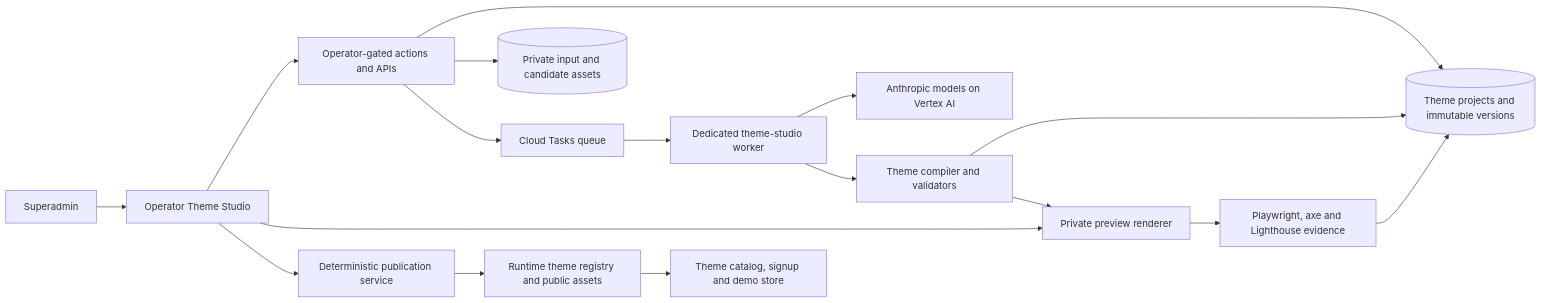
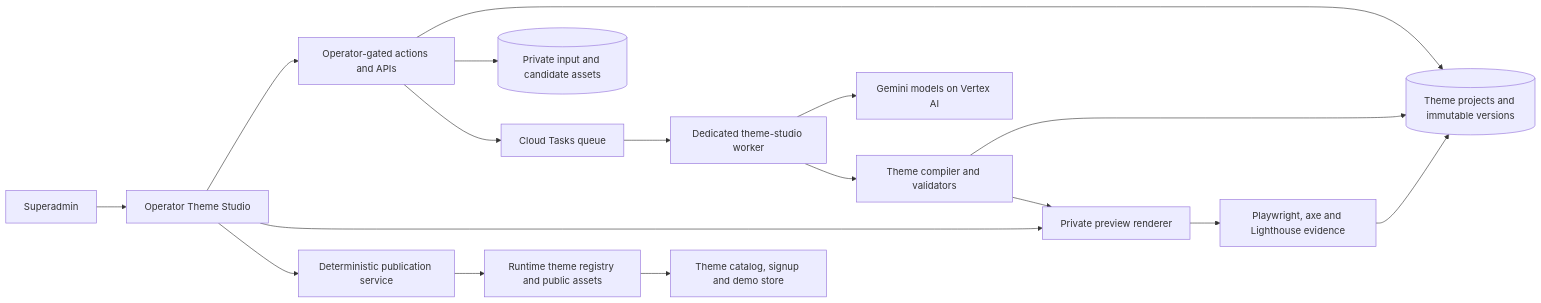
The diagram in docs/mink-ai-theme-studio-plan.md (Vansh44/storemink), drawn with Mermaid before and after one commit. The commit also changed other lines of this file and 48 other files, not shown here.

````diff
--- a/docs/mink-ai-theme-studio-plan.md
+++ b/docs/mink-ai-theme-studio-plan.md
@@ -149,19 +151,19 @@
 ```mermaid
 flowchart LR
   O[Superadmin] --> UI[Operator Theme Studio]
   UI --> API[Operator-gated actions and APIs]
   API --> DB[(Theme projects and immutable versions)]
   API --> GCS[(Private input and candidate assets)]
   API --> Q[Cloud Tasks queue]
   Q --> W[Dedicated theme-studio worker]
-  W --> V[Anthropic models on Vertex AI]
+  W --> V[Gemini models on Vertex AI]
   W --> C[Theme compiler and validators]
   C --> DB
   C --> P[Private preview renderer]
   P --> E[Playwright, axe and Lighthouse evidence]
   E --> DB
   UI --> P
   UI --> PUB[Deterministic publication service]
   PUB --> REG[Runtime theme registry and public assets]
   REG --> CAT[Theme catalog, signup and demo store]
 ```
````
